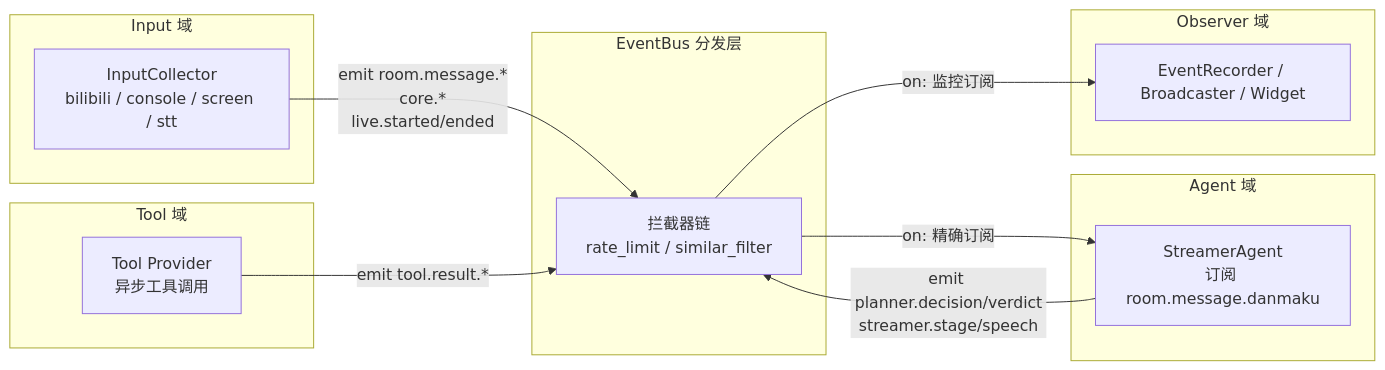
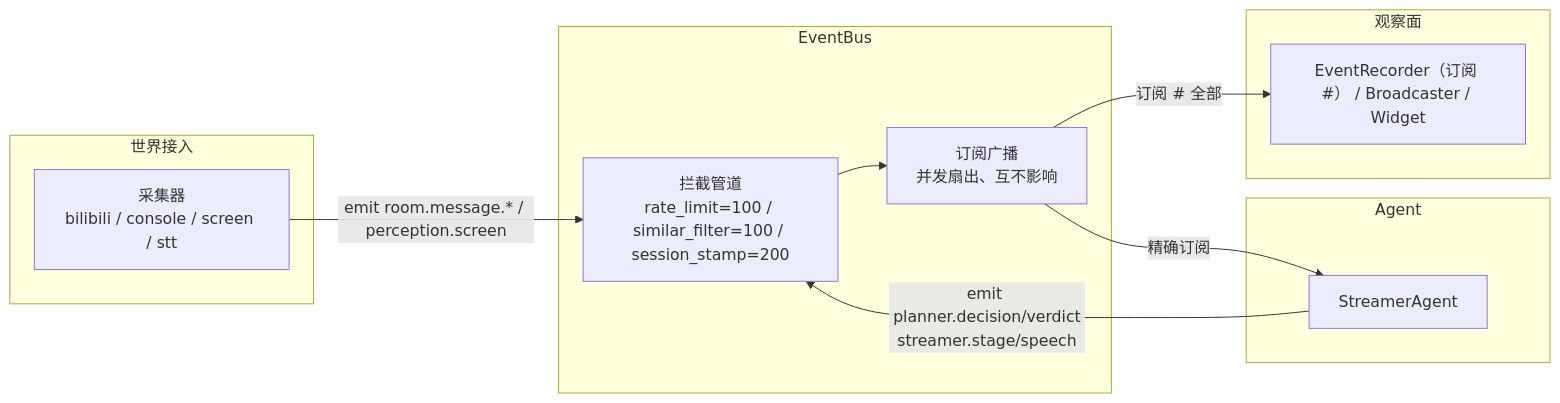
Before and after one commit to LittleSadSheep/Amaidesu: the diagram in docs/architecture/event-system.md, drawn with Mermaid. The commit also changed other lines of this file and 2 other files, not shown here.

First line of the commit message:
docs(architecture): 重写事件事实表与拓扑边界

````diff
--- a/docs/architecture/event-system.md
+++ b/docs/architecture/event-system.md
@@ -30,28 +31,25 @@
 ```mermaid
 flowchart LR
-    subgraph Input 域
-        IC[InputCollector<br/>bilibili / console / screen / stt]
+    subgraph 世界接入
+        IC[采集器<br/>bilibili / console / screen / stt]
     end
 
-    subgraph Bus[EventBus 分发层]
-        EB[拦截器链<br/>rate_limit / similar_filter]
+    subgraph EventBus
+        PIPE[拦截管道<br/>rate_limit=100 / similar_filter=100 / session_stamp=200]
+        FAN[订阅广播<br/>并发扇出、互不影响]
     end
 
-    subgraph Agent 域
-        AG[StreamerAgent<br/>订阅 room.message.danmaku]
+    subgraph Agent
+        AG[StreamerAgent]
     end
 
-    subgraph Tool 域
-        TP[Tool Provider<br/>异步工具调用]
+    subgraph 观察面
+        OB[EventRecorder（订阅 #） / Broadcaster / Widget]
     end
 
-    subgraph Observer 域
-        OB[EventRecorder / Broadcaster / Widget]
-    end
-
-    IC -->|emit room.message.*<br/>core.*<br/>live.started/ended| EB
-    EB -->|on: 精确订阅| AG
-    EB -->|on: 监控订阅| OB
-    AG -->|emit planner.decision/verdict<br/>streamer.stage/speech| EB
-    TP -->|emit tool.result.*| EB
+    IC -->|emit room.message.* / perception.screen| PIPE
+    PIPE --> FAN
+    FAN -->|精确订阅| AG
+    FAN -->|订阅 # 全部| OB
+    AG -->|emit planner.decision/verdict<br/>streamer.stage/speech| PIPE
 ```
````
